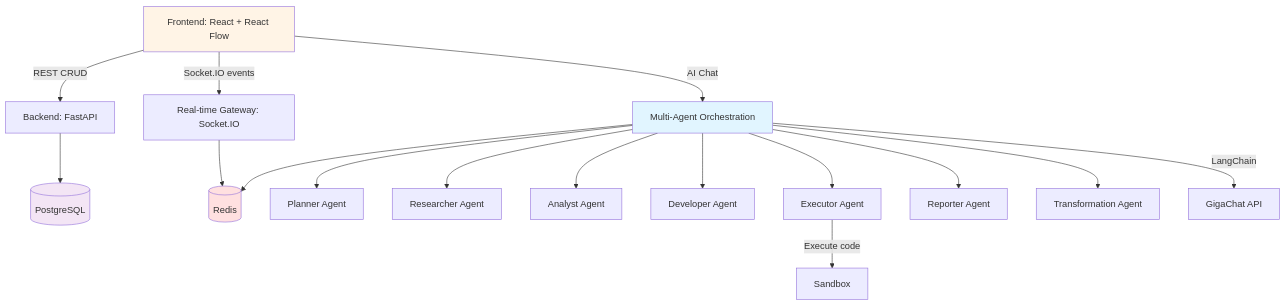
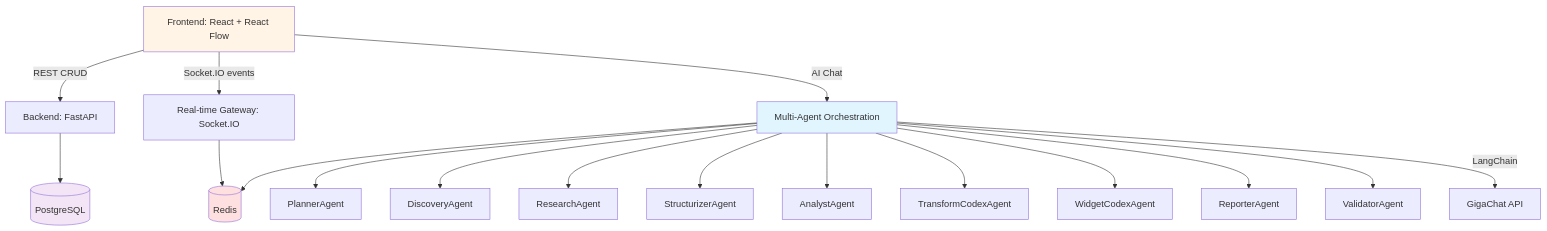
One commit to sgalex/gigaboard changed the second of 2 diagrams in docs/ARCHITECTURE.md. Above: the diagram before and after it, drawn with Mermaid. The commit also changed other lines of this file and 292 other files, not shown here.

````diff
--- a/docs/ARCHITECTURE.md
+++ b/docs/ARCHITECTURE.md
@@ -179,33 +279,34 @@
 ```mermaid
 flowchart TB
     FE[Frontend: React + React Flow]
     API[Backend: FastAPI]
     RT[Real-time Gateway: Socket.IO]
     MA[Multi-Agent Orchestration]
     DB[(PostgreSQL)]
     REDIS[(Redis)]
     
     FE -->|REST CRUD| API
     FE -->|Socket.IO events| RT
     FE -->|AI Chat| MA
     
     API --> DB
     RT --> REDIS
     MA --> REDIS
     
-    MA --> PA[Planner Agent]
-    MA --> RA[Researcher Agent]
-    MA --> AA[Analyst Agent]
-    MA --> DA[Developer Agent]
-    MA --> EA[Executor Agent]
-    MA --> REP[Reporter Agent]
-    MA --> TRA[Transformation Agent]
+    MA --> PA[PlannerAgent]
+    MA --> DA[DiscoveryAgent]
+    MA --> RA[ResearchAgent]
+    MA --> SA[StructurizerAgent]
+    MA --> AA[AnalystAgent]
+    MA --> CX[TransformCodexAgent]
+    MA --> WC[WidgetCodexAgent]
+    MA --> REP[ReporterAgent]
+    MA --> VA[ValidatorAgent]
     
-    EA -->|Execute code| SB[Sandbox]
     MA -->|LangChain| GC[GigaChat API]
     
     style MA fill:#e1f5ff
     style FE fill:#fff4e6
     style DB fill:#f3e5f5
     style REDIS fill:#ffe0e0
 ```
````
